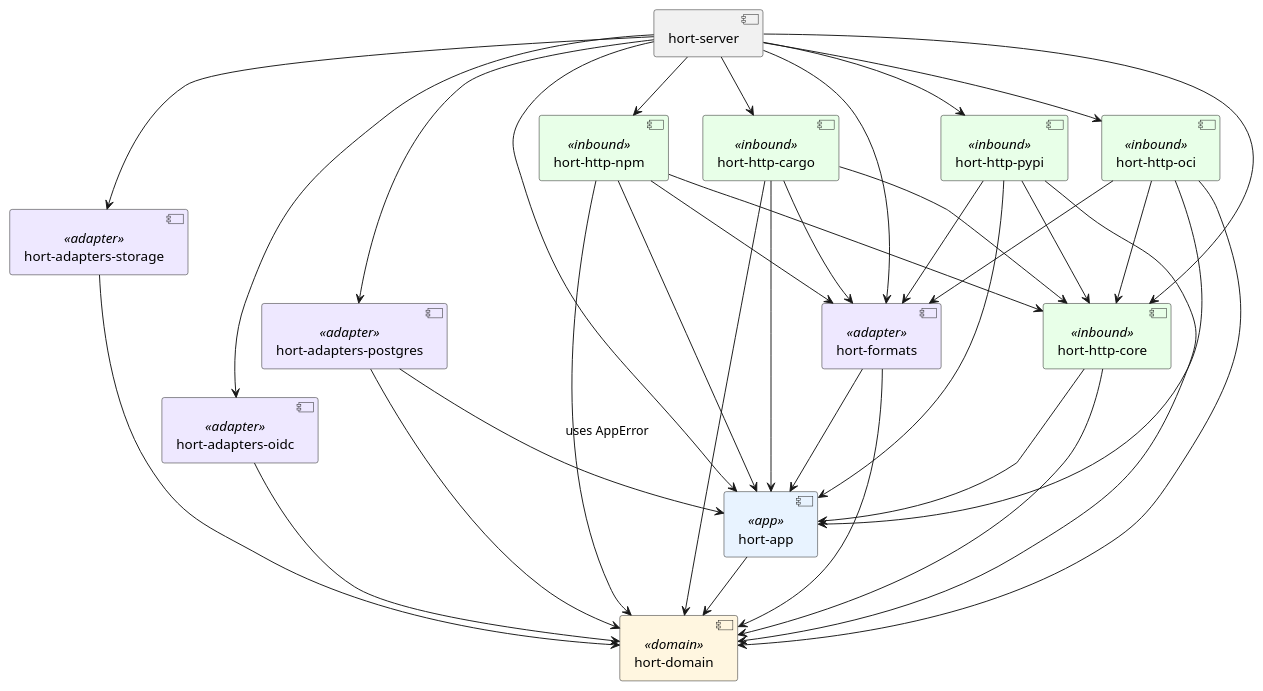
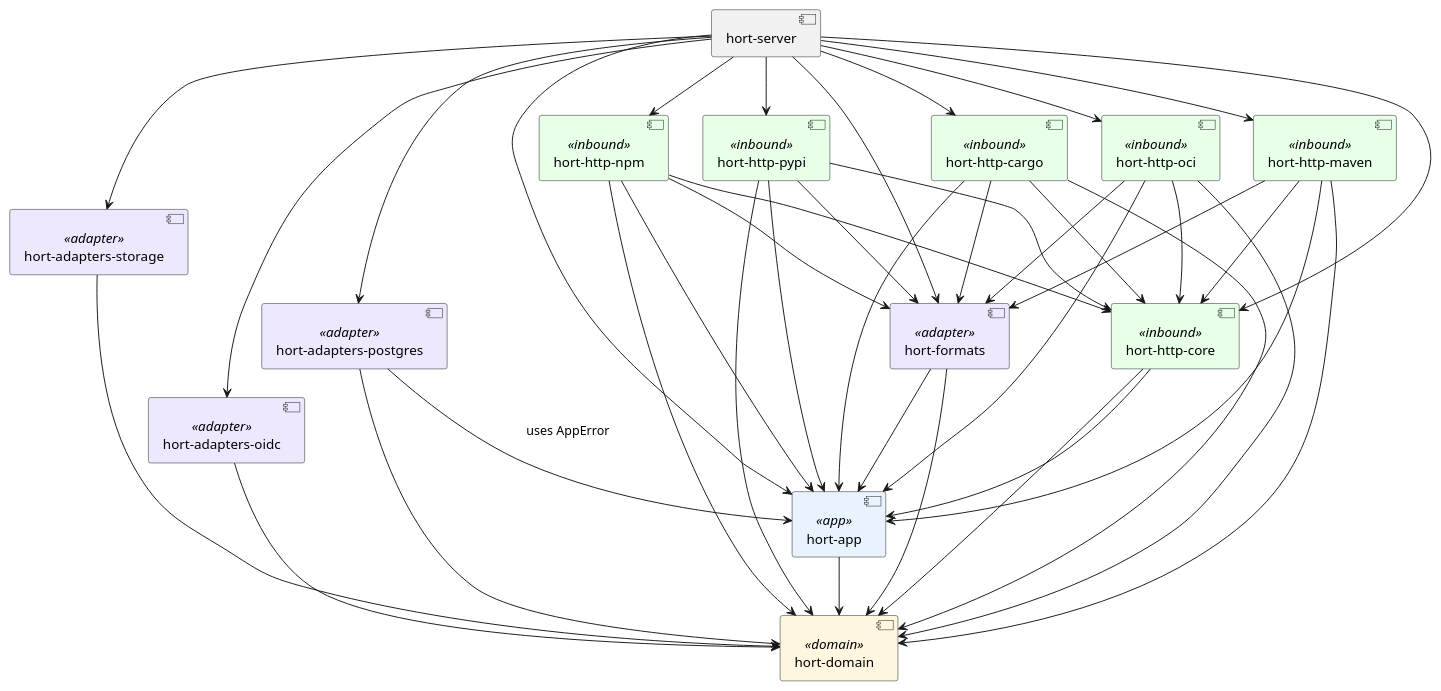
Before and after one commit to project-hort/hort: the second of 3 diagrams in docs/architecture/explanation/layers.md, drawn with PlantUML. The commit also changed other lines of this file and 5 other files, not shown here.

First line of the commit message:
docs(architecture): #69 — fix drift in explanation docs vs as-built

````diff
--- a/docs/architecture/explanation/layers.md
+++ b/docs/architecture/explanation/layers.md
@@ -68,60 +69,66 @@
 ```plantuml
 @startuml
 skinparam shadowing false
 skinparam component {
   BackgroundColor<<domain>>   #FFF6E0
   BackgroundColor<<app>>      #E8F3FF
   BackgroundColor<<adapter>>  #EEE8FF
   BackgroundColor<<inbound>>  #E8FFE8
 }
 
 component "hort-domain" <<domain>>
 component "hort-app" <<app>>
 component "hort-adapters-postgres" <<adapter>>
 component "hort-adapters-storage" <<adapter>>
 component "hort-adapters-oidc" <<adapter>>
 component "hort-formats" <<adapter>>
 component "hort-http-core" <<inbound>>
 component "hort-http-cargo" <<inbound>>
 component "hort-http-npm" <<inbound>>
 component "hort-http-pypi" <<inbound>>
 component "hort-http-oci" <<inbound>>
+component "hort-http-maven" <<inbound>>
 component "hort-server"
 
 "hort-app" --> "hort-domain"
 "hort-adapters-postgres" --> "hort-domain"
 "hort-adapters-postgres" --> "hort-app" : uses AppError
 "hort-adapters-storage" --> "hort-domain"
 "hort-adapters-oidc" --> "hort-domain"
 "hort-formats" --> "hort-domain"
 "hort-formats" --> "hort-app"
 "hort-http-core" --> "hort-domain"
 "hort-http-core" --> "hort-app"
 "hort-http-cargo" --> "hort-http-core"
 "hort-http-cargo" --> "hort-app"
 "hort-http-cargo" --> "hort-formats"
 "hort-http-cargo" --> "hort-domain"
 "hort-http-npm"  --> "hort-http-core"
 "hort-http-npm"  --> "hort-app"
 "hort-http-npm"  --> "hort-formats"
 "hort-http-npm"  --> "hort-domain"
 "hort-http-pypi" --> "hort-http-core"
 "hort-http-pypi" --> "hort-app"
 "hort-http-pypi" --> "hort-formats"
 "hort-http-pypi" --> "hort-domain"
 "hort-http-oci"  --> "hort-http-core"
 "hort-http-oci"  --> "hort-app"
 "hort-http-oci"  --> "hort-formats"
 "hort-http-oci"  --> "hort-domain"
+"hort-http-maven" --> "hort-http-core"
+"hort-http-maven" --> "hort-app"
+"hort-http-maven" --> "hort-formats"
+"hort-http-maven" --> "hort-domain"
 "hort-server" --> "hort-http-core"
 "hort-server" --> "hort-http-cargo"
 "hort-server" --> "hort-http-npm"
 "hort-server" --> "hort-http-pypi"
 "hort-server" --> "hort-http-oci"
+"hort-server" --> "hort-http-maven"
 "hort-server" --> "hort-adapters-postgres"
 "hort-server" --> "hort-adapters-storage"
 "hort-server" --> "hort-adapters-oidc"
 "hort-server" --> "hort-formats"
 "hort-server" --> "hort-app"
 @enduml
 ```
````
